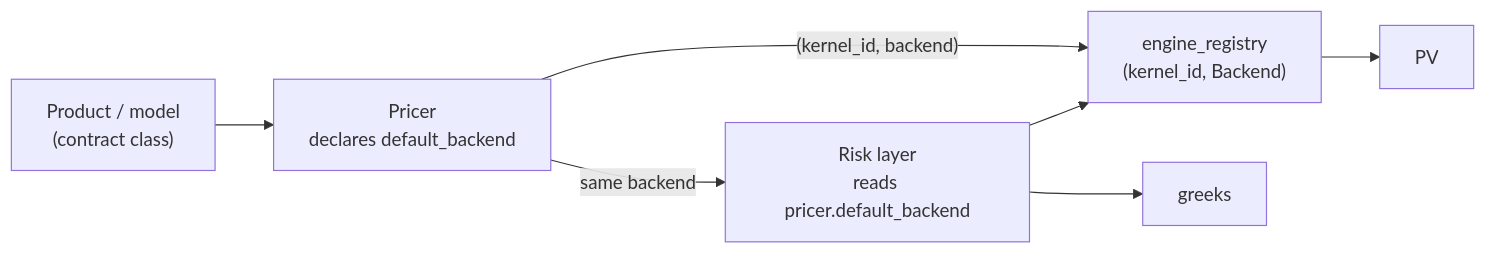
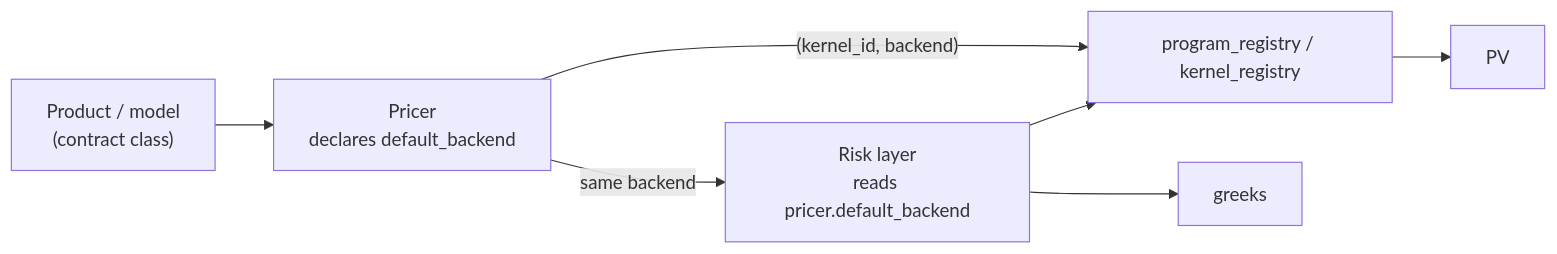
The diagram in docs/engine_selection.md (rudetastic13/quant-toolkit), drawn with Mermaid before and after one commit. The commit also changed other lines of this file and 30 other files, not shown here.

````diff
--- a/docs/engine_selection.md
+++ b/docs/engine_selection.md
@@ -101,14 +108,14 @@
 ```mermaid
 flowchart LR
     PROD["Product / model<br/>(contract class)"]
     PRICER["Pricer<br/>declares default_backend"]
-    REG["engine_registry<br/>(kernel_id, Backend)"]
+    REG["program_registry / kernel_registry"]
     PV["PV"]
     RISK["Risk layer<br/>reads pricer.default_backend"]
     GREEKS["greeks"]
 
     PROD --> PRICER
     PRICER -- "(kernel_id, backend)" --> REG --> PV
     PRICER -- "same backend" --> RISK --> REG
     RISK --> GREEKS
 ```
````
